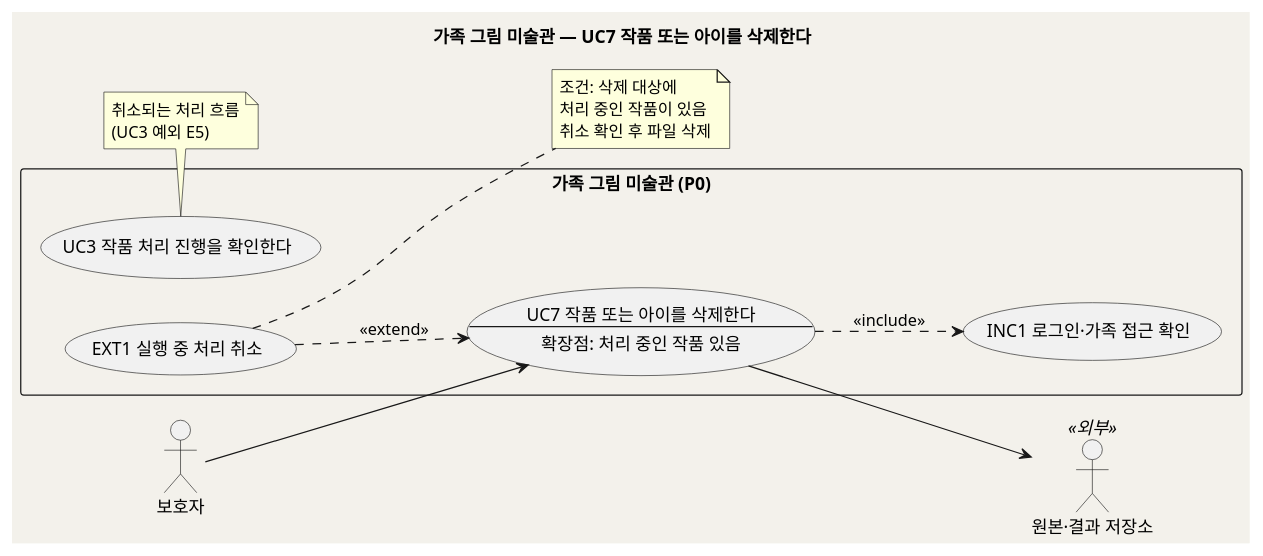
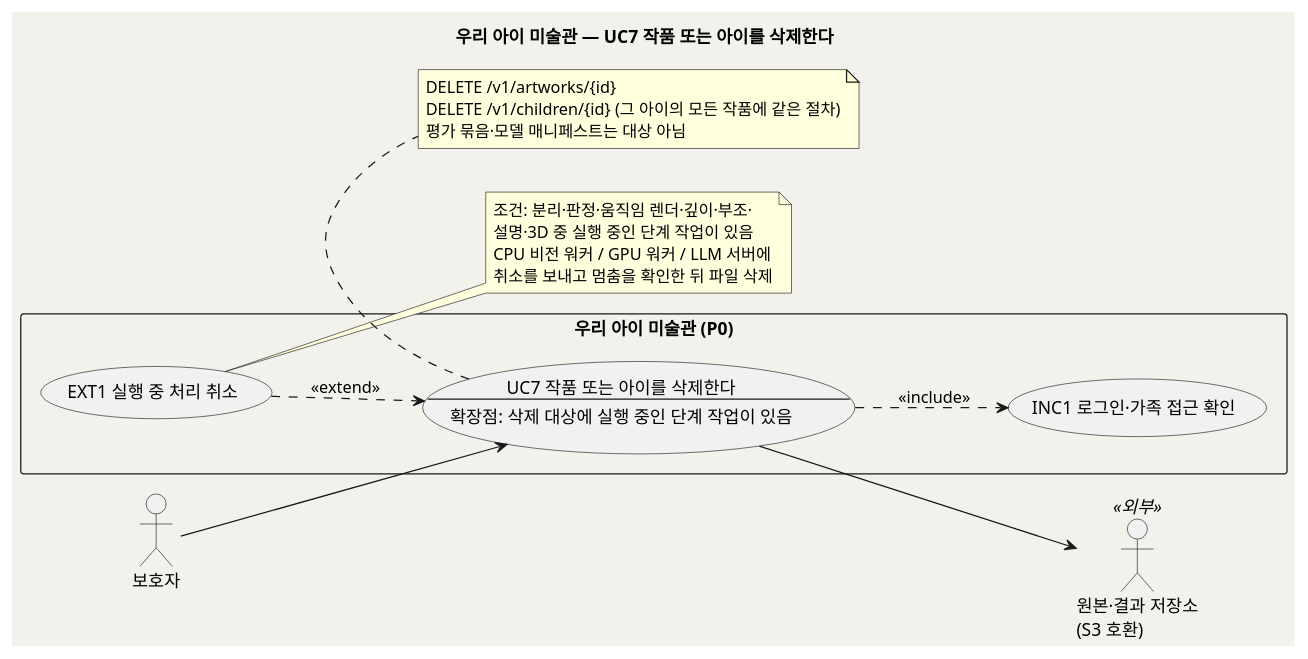
Before and after one commit to kids-gallery/uri-gallery: the first of 2 diagrams in design/UC_07_작품아이삭제.md, drawn with PlantUML. The commit also changed other lines of this file and 23 other files, not shown here.

````diff
--- a/design/UC_07_작품아이삭제.md
+++ b/design/UC_07_작품아이삭제.md
@@ -48,33 +59,34 @@
 ```plantuml
-@startuml uc_family_gallery_07
+@startuml uc_our_kids_gallery_07
 skinparam backgroundColor #F3F1EB
 skinparam shadowing false
 left to right direction
-title 가족 그림 미술관 — UC7 작품 또는 아이를 삭제한다
+title 우리 아이 미술관 — UC7 작품 또는 아이를 삭제한다
 
 actor "보호자" as Parent
-actor "원본·결과 저장소" as Store <<외부>>
+actor "원본·결과 저장소\n(S3 호환)" as Store <<외부>>
 
-rectangle "가족 그림 미술관 (P0)" {
-  usecase "UC7 작품 또는 아이를 삭제한다\n--\n확장점: 처리 중인 작품 있음" as UC7
+rectangle "우리 아이 미술관 (P0)" {
+  usecase "UC7 작품 또는 아이를 삭제한다\n--\n확장점: 삭제 대상에 실행 중인 단계 작업이 있음" as UC7
   usecase "INC1 로그인·가족 접근 확인" as INC1
   usecase "EXT1 실행 중 처리 취소" as EXT1
-  usecase "UC3 작품 처리 진행을 확인한다" as UC3
 }
 
 Parent --> UC7
 UC7 ..> INC1 : <<include>>
 EXT1 ..> UC7 : <<extend>>
 UC7 --> Store
 
 note right of EXT1
-  조건: 삭제 대상에
-  처리 중인 작품이 있음
-  취소 확인 후 파일 삭제
+  조건: 분리·판정·움직임 렌더·깊이·부조·
+  설명·3D 중 실행 중인 단계 작업이 있음
+  CPU 비전 워커 / GPU 워커 / LLM 서버에
+  취소를 보내고 멈춤을 확인한 뒤 파일 삭제
 end note
-note bottom of UC3
-  취소되는 처리 흐름
-  (UC3 예외 E5)
+note bottom of UC7
+  DELETE /v1/artworks/{id}
+  DELETE /v1/children/{id} (그 아이의 모든 작품에 같은 절차)
+  평가 묶음·모델 매니페스트는 대상 아님
 end note
 @enduml
 ```
````
